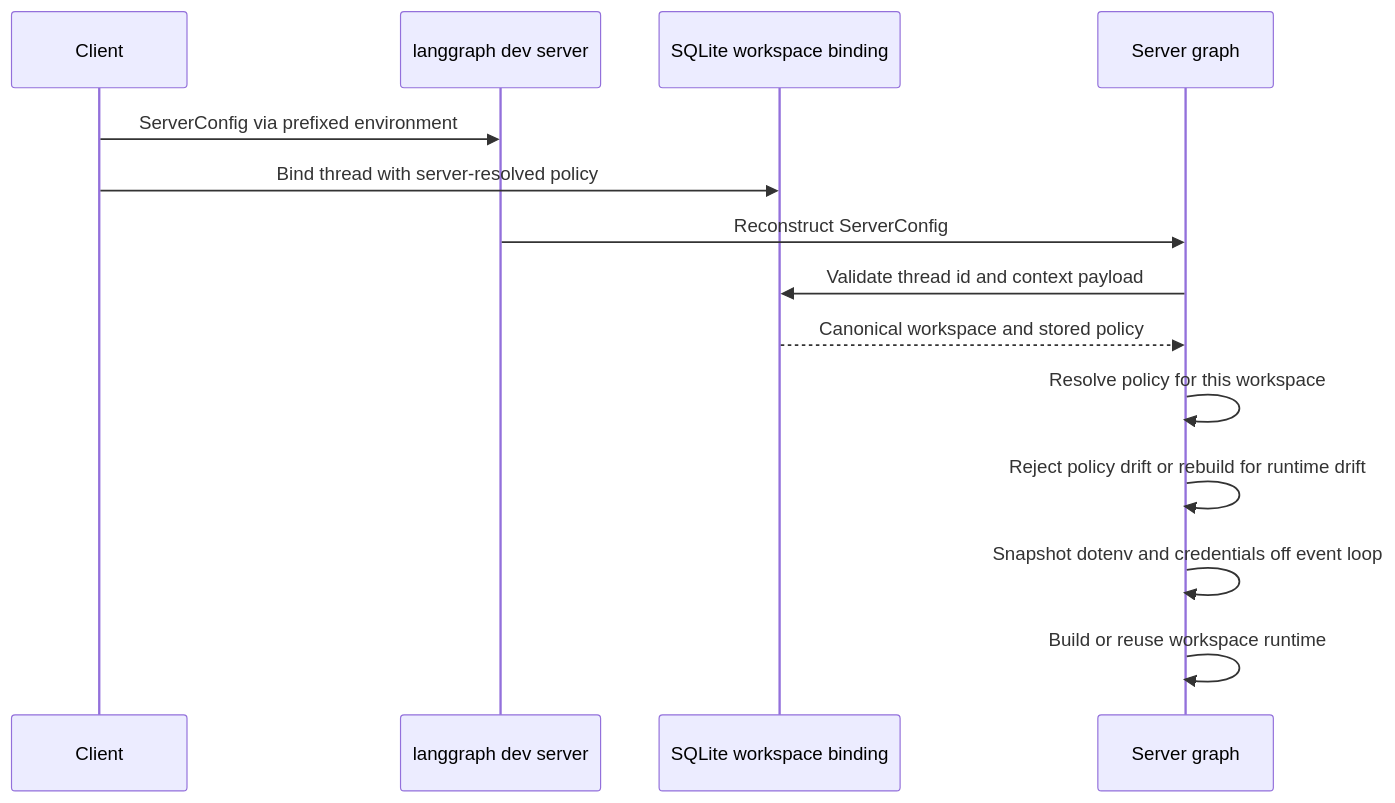
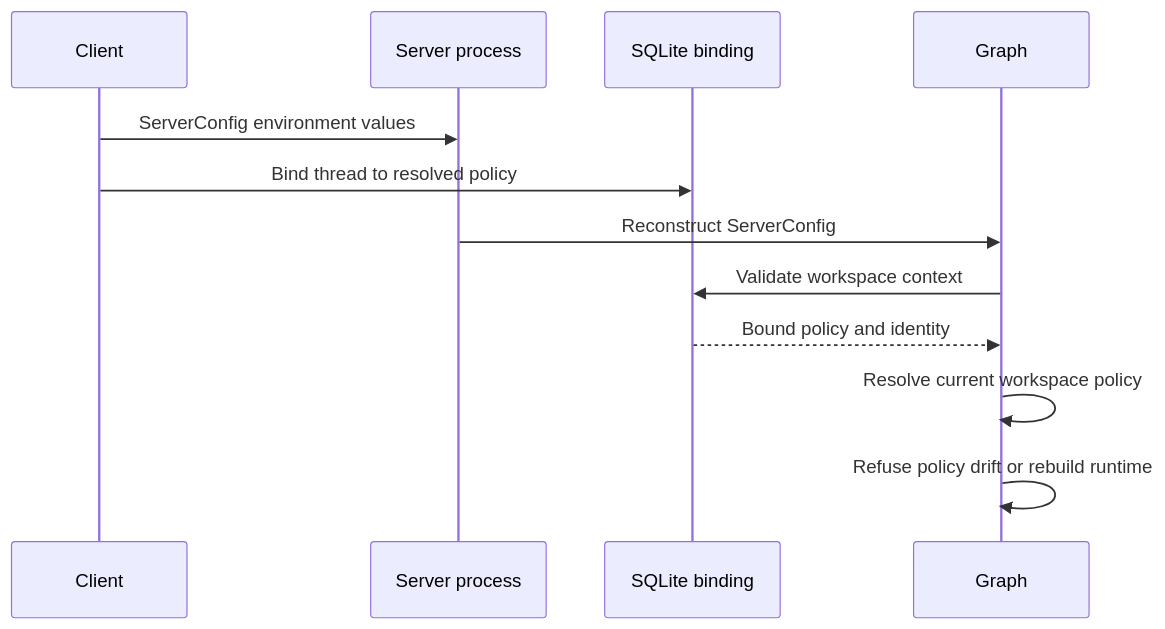
The third of 3 diagrams in openwiki/concepts/config-layering.md (langchain-ai/deepagents), drawn with Mermaid before and after one commit. The commit also changed other lines of this file and 67 other files, not shown here.

````diff
--- a/openwiki/concepts/config-layering.md
+++ b/openwiki/concepts/config-layering.md
@@ -111,16 +112,14 @@
 ```mermaid
 sequenceDiagram
     participant Client
-    participant Server as langgraph dev server
-    participant Binding as SQLite workspace binding
-    participant Graph as Server graph
-    Client->>Server: ServerConfig via prefixed environment
-    Client->>Binding: Bind thread with server-resolved policy
+    participant Server as Server process
+    participant Binding as SQLite binding
+    participant Graph
+    Client->>Server: ServerConfig environment values
+    Client->>Binding: Bind thread to resolved policy
     Server->>Graph: Reconstruct ServerConfig
-    Graph->>Binding: Validate thread id and context payload
-    Binding-->>Graph: Canonical workspace and stored policy
-    Graph->>Graph: Resolve policy for this workspace
-    Graph->>Graph: Reject policy drift or rebuild for runtime drift
-    Graph->>Graph: Snapshot dotenv and credentials off event loop
-    Graph->>Graph: Build or reuse workspace runtime
+    Graph->>Binding: Validate workspace context
+    Binding-->>Graph: Bound policy and identity
+    Graph->>Graph: Resolve current workspace policy
+    Graph->>Graph: Refuse policy drift or rebuild runtime
 ```
````
